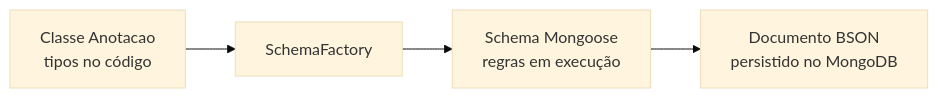
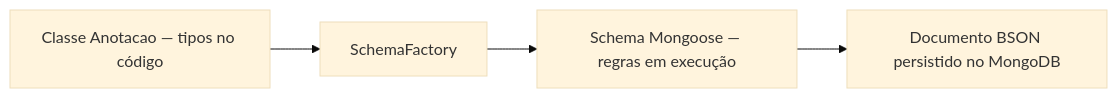
One commit to luciano-alexandre/sistemas-corporativos changed the fourth of 12 diagrams in docs/encontros/encontro-17.md. Above: the diagram before and after it, drawn with Mermaid (base theme). The commit also changed other lines of this file, not shown here.

````diff
--- a/docs/encontros/encontro-17.md
+++ b/docs/encontros/encontro-17.md
@@ -335,6 +335,6 @@
 ```mermaid
 flowchart LR
-    C["Classe Anotacao<br/>tipos no código"] --> F["SchemaFactory"]
-    F --> S["Schema Mongoose<br/>regras em execução"]
-    S --> D["Documento BSON<br/>persistido no MongoDB"]
+    C["Classe Anotacao — tipos no código"] --> F["SchemaFactory"]
+    F --> S["Schema Mongoose — regras em execução"]
+    S --> D["Documento BSON persistido no MongoDB"]
 ```
````
